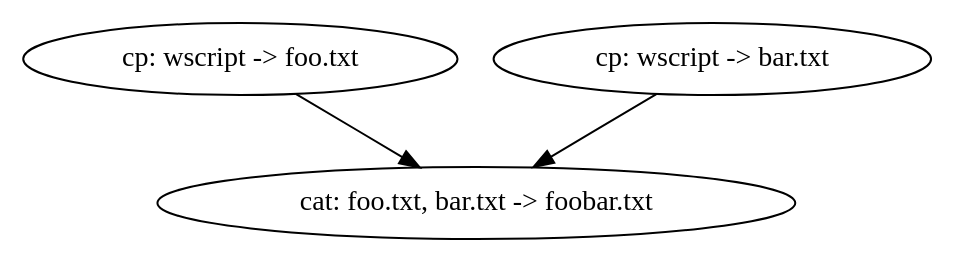
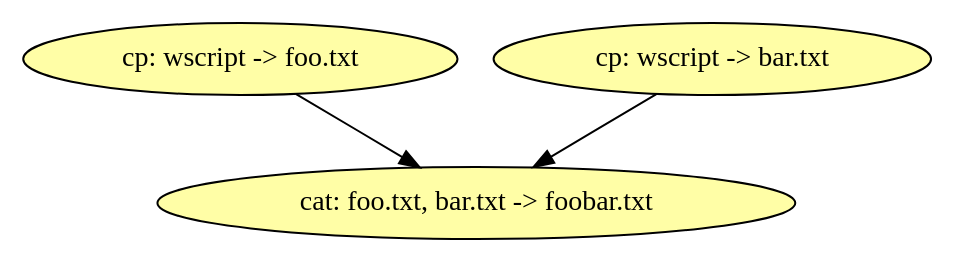
One commit to silnrsi/smith changed the diagram in docs/book/dag_tasks.dot. Above: the diagram before and after it, drawn with Graphviz. The commit also changed 2 other files, not shown here.

```diff
--- a/docs/book/dag_tasks.dot
+++ b/docs/book/dag_tasks.dot
@@ -1,8 +1,8 @@
 digraph G {
 
-	A [label="cp: wscript -> foo.txt"]
-	B [label="cp: wscript -> bar.txt"]
-	C [label="cat: foo.txt, bar.txt -> foobar.txt"]
+	A [label="cp: wscript -> foo.txt",fillcolor="#fffea6",style=filled]
+	B [label="cp: wscript -> bar.txt",fillcolor="#fffea6",style=filled]
+	C [label="cat: foo.txt, bar.txt -> foobar.txt",fillcolor="#fffea6",style=filled]
 	A -> C;
 	B -> C;
 }
```
